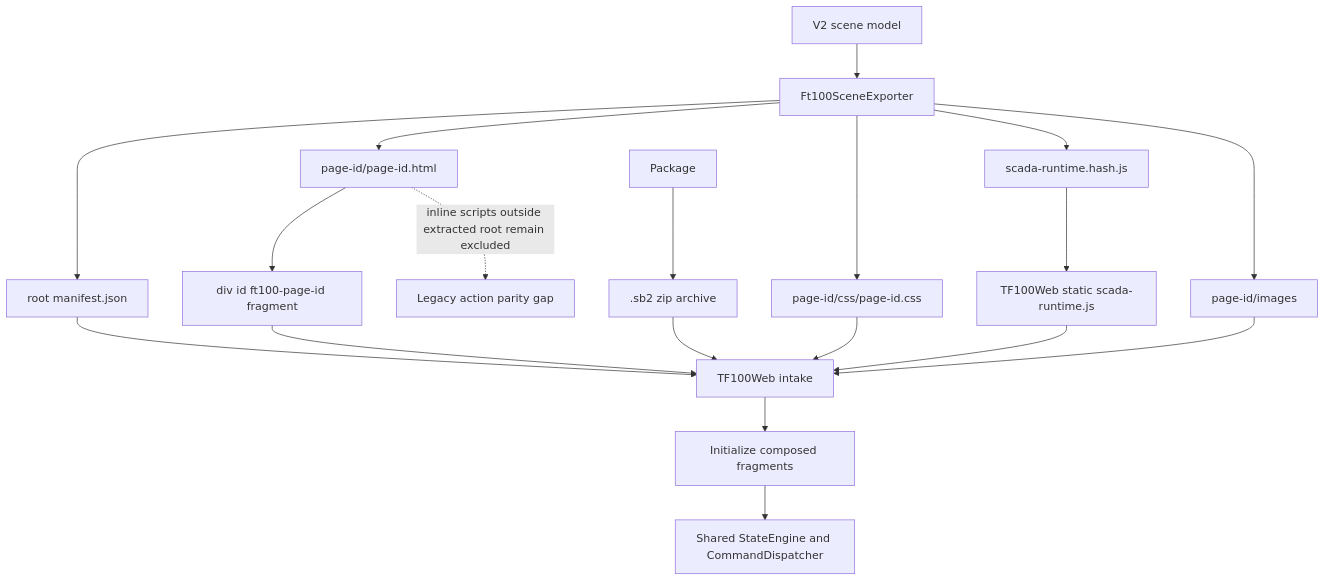
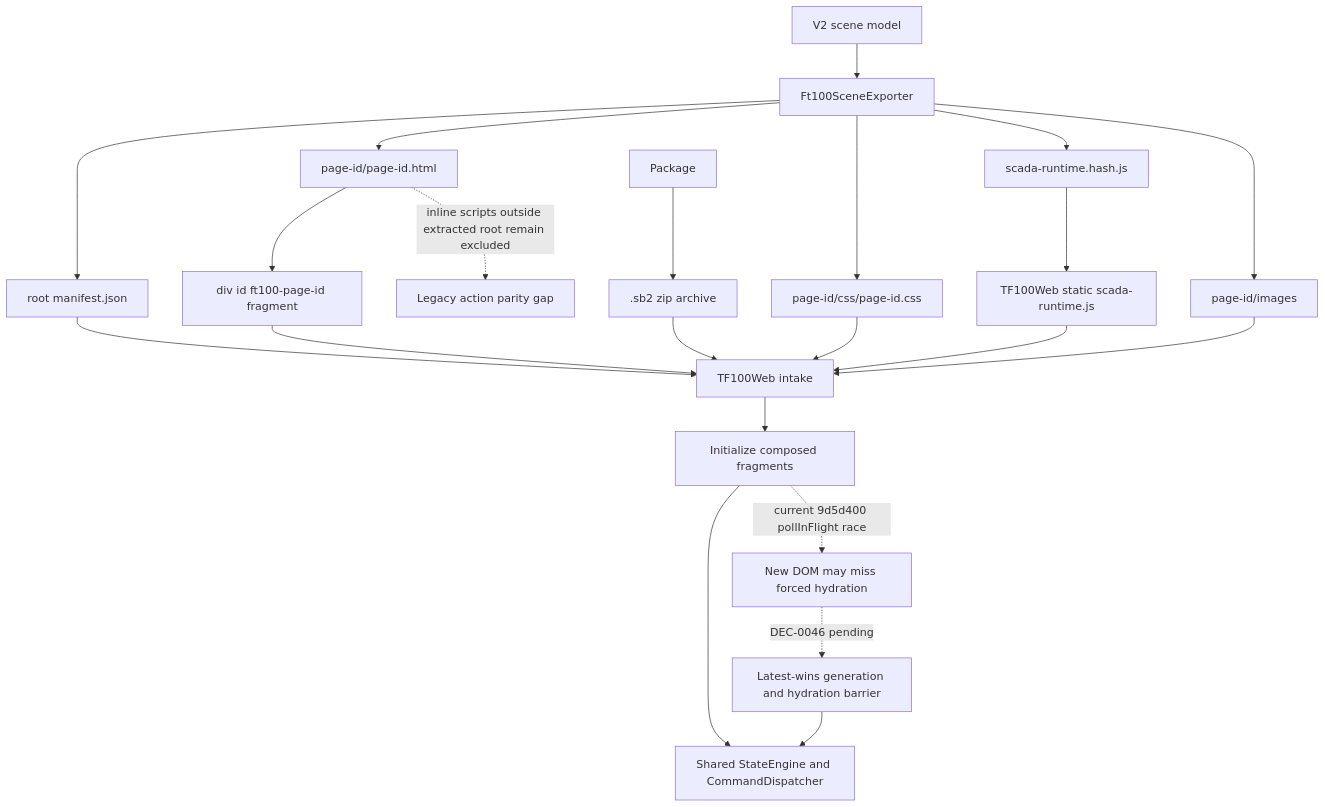
Before and after one commit to technologiesflorizon/scadabuilder: the diagram in docs/03_runtime_contracts/FT100_TF100WEB_PACKAGE_CONTRACT_V2.md, drawn with Mermaid. The commit also changed other lines of this file and 6 other files, not shown here.

````diff
--- a/docs/03_runtime_contracts/FT100_TF100WEB_PACKAGE_CONTRACT_V2.md
+++ b/docs/03_runtime_contracts/FT100_TF100WEB_PACKAGE_CONTRACT_V2.md
@@ -233,21 +235,24 @@
 ```mermaid
 flowchart TD
   Scene[V2 scene model] --> Exporter[Ft100SceneExporter]
   Exporter --> RootManifest[root manifest.json]
   Exporter --> PageHtml[page-id/page-id.html]
   Exporter --> PageCss[page-id/css/page-id.css]
   Exporter --> Runtime[scada-runtime.hash.js]
   Exporter --> Assets[page-id/images]
   RootManifest --> TF100Web[TF100Web intake]
   PageHtml --> RootFragment[div id ft100-page-id fragment]
   RootFragment --> TF100Web
   PageCss --> TF100Web
   Assets --> TF100Web
   Package --> Sb2[.sb2 zip archive]
   Sb2 --> TF100Web
   Runtime --> DeployRuntime[TF100Web static scada-runtime.js]
   DeployRuntime --> TF100Web
   TF100Web --> Init[Initialize composed fragments]
   Init --> StateCommand[Shared StateEngine and CommandDispatcher]
+  Init -. current 9d5d400 pollInFlight race .-> HydrationGap[New DOM may miss forced hydration]
+  HydrationGap -. DEC-0046 pending .-> NavigationEpoch[Latest-wins generation and hydration barrier]
+  NavigationEpoch --> StateCommand
   PageHtml -. inline scripts outside extracted root remain excluded .-> Gap[Legacy action parity gap]
 ```
````
